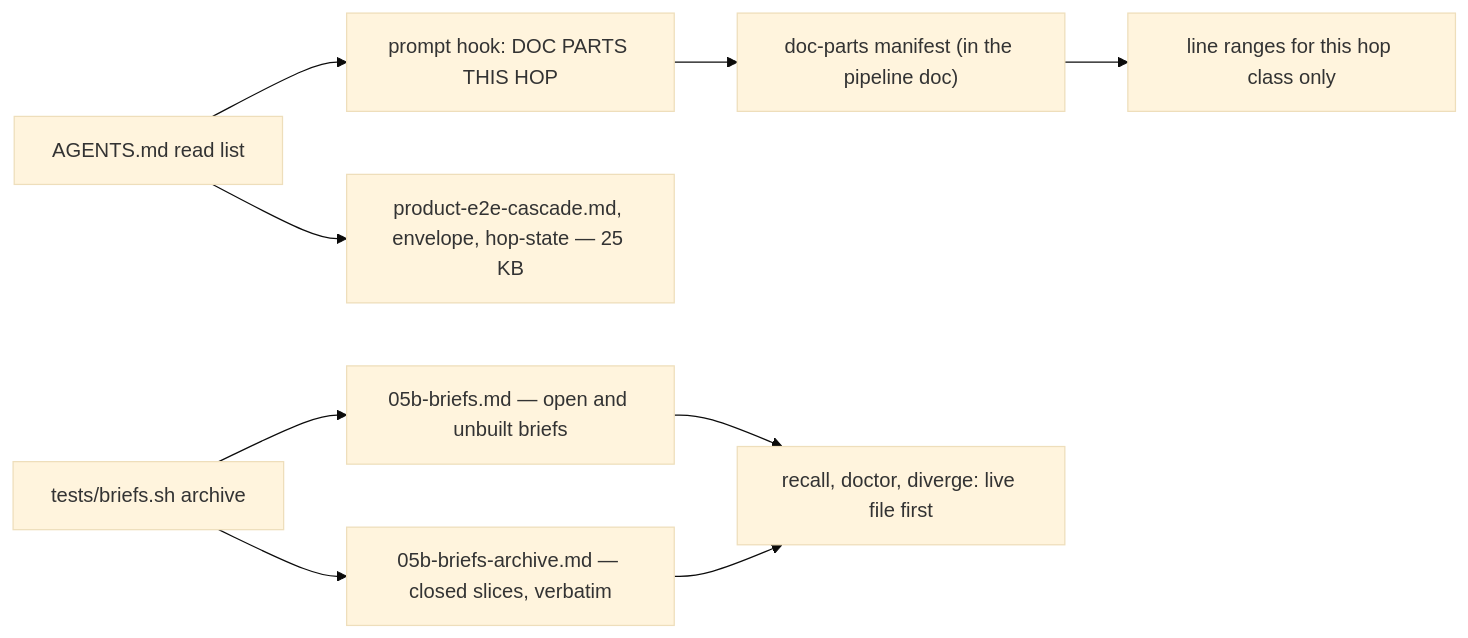
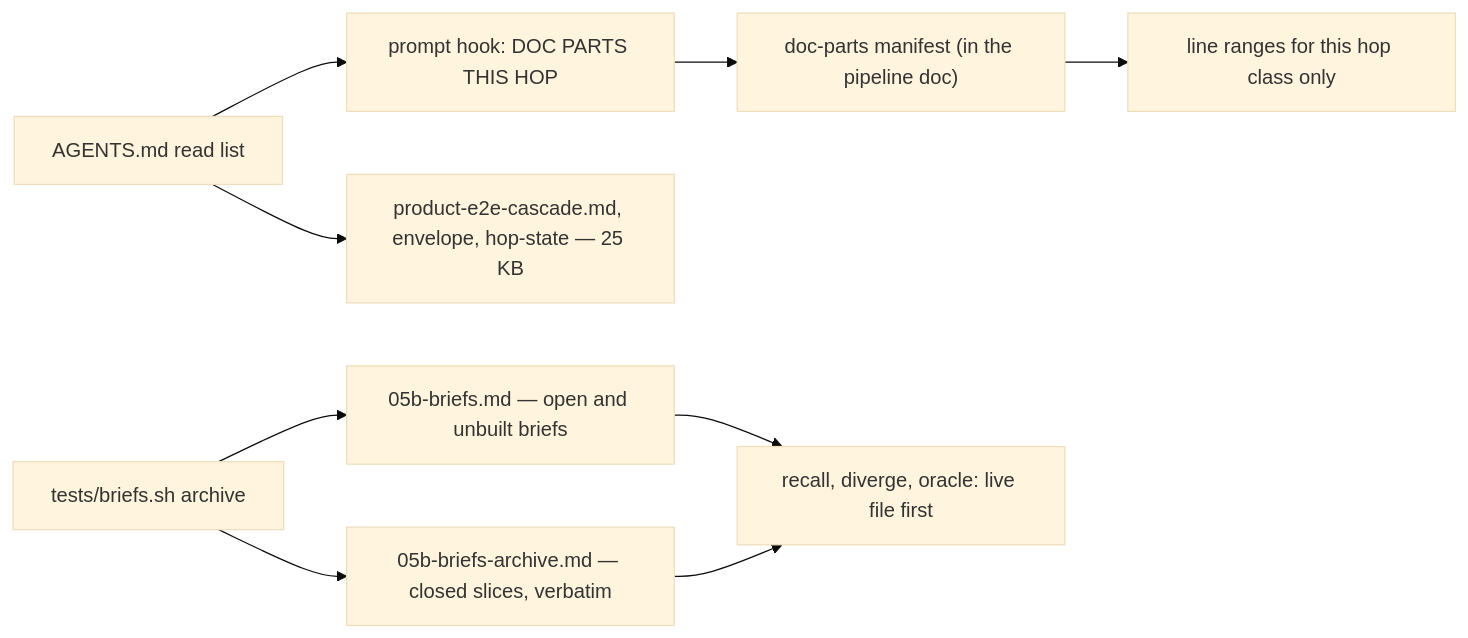
One commit to kadaluarsa/barbaric-driven-development changed the second of 2 diagrams in docs/cascade/05b-t102-doc-disclosure.md. Above: the diagram before and after it, drawn with Mermaid (base theme). The commit also changed other lines of this file and 4 other files, not shown here.

````diff
--- a/docs/cascade/05b-t102-doc-disclosure.md
+++ b/docs/cascade/05b-t102-doc-disclosure.md
@@ -71,11 +72,11 @@
 ```mermaid
 flowchart LR
   A[AGENTS.md read list] --> H["prompt hook: DOC PARTS THIS HOP"]
   H --> M["doc-parts manifest (in the pipeline doc)"]
   M --> P["line ranges for this hop class only"]
   A --> X["product-e2e-cascade.md, envelope, hop-state — 25 KB"]
   S["tests/briefs.sh archive"] --> L["05b-briefs.md — open and unbuilt briefs"]
   S --> V["05b-briefs-archive.md — closed slices, verbatim"]
-  L --> R[recall, doctor, diverge: live file first]
+  L --> R[recall, diverge, oracle: live file first]
   V --> R
 ```
````
